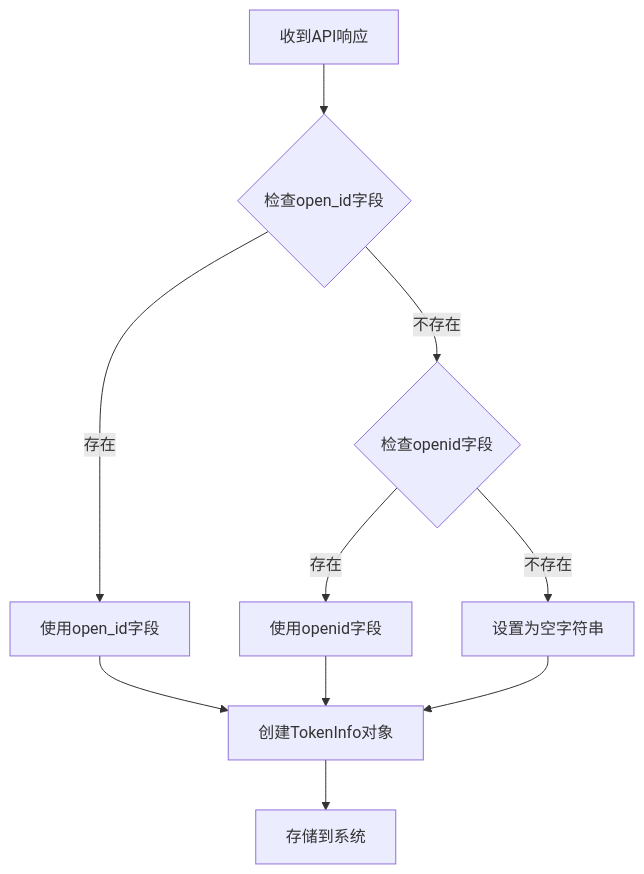
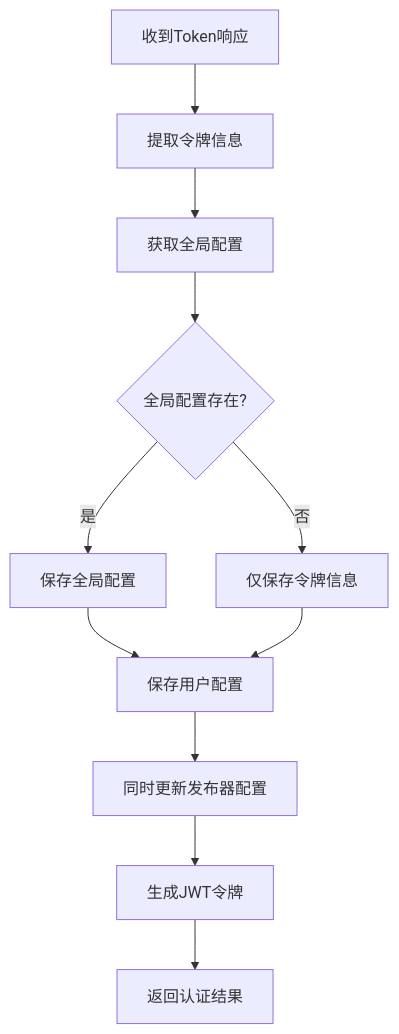
The ninth of 15 diagrams in .qoder/repowiki/zh/content/核心模块详解/认证模块/抖音OAuth集成.md (songdiyang/clawOperations), drawn with Mermaid before and after one commit. The commit also changed other lines of this file and 6 other files, not shown here.

````diff
--- a/.qoder/repowiki/zh/content/核心模块详解/认证模块/抖音OAuth集成.md
+++ b/.qoder/repowiki/zh/content/核心模块详解/认证模块/抖音OAuth集成.md
@@ -461,12 +502,13 @@
 ```mermaid
 flowchart TD
-A[收到API响应] --> B{检查open_id字段}
-B --> |存在| C[使用open_id字段]
-B --> |不存在| D{检查openid字段}
-D --> |存在| E[使用openid字段]
-D --> |不存在| F[设置为空字符串]
-C --> G[创建TokenInfo对象]
-E --> G
+A[收到Token响应] --> B[提取令牌信息]
+B --> C[获取全局配置]
+C --> D{全局配置存在?}
+D --> |是| E[保存全局配置]
+D --> |否| F[仅保存令牌信息]
+E --> G[保存用户配置]
 F --> G
-G --> H[存储到系统]
+G --> H[同时更新发布器配置]
+H --> I[生成JWT令牌]
+I --> J[返回认证结果]
 ```
````
